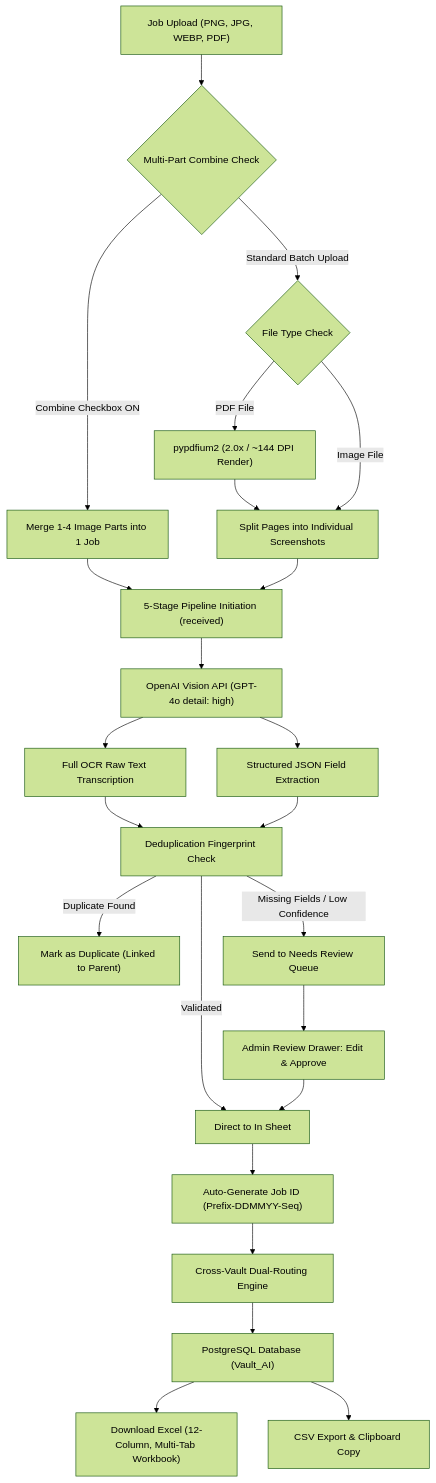
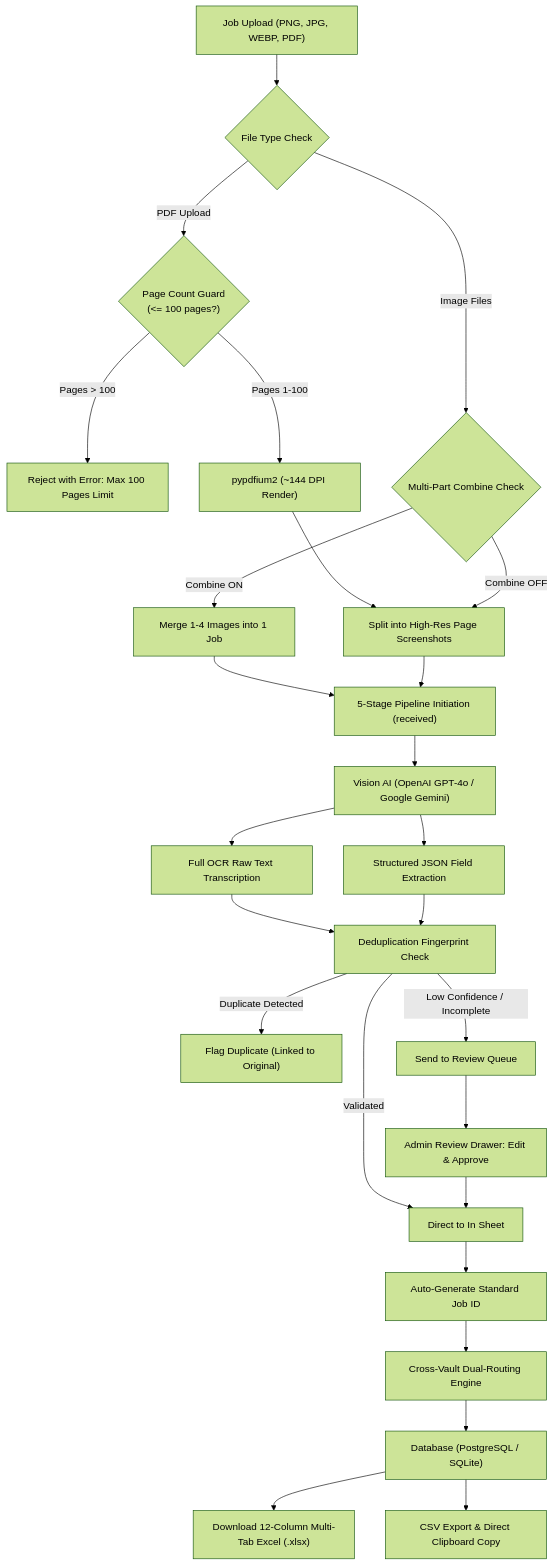
One commit to ddpldeveloperahul/Vault_AI changed the diagram in README.md. Above: the diagram before and after it, drawn with Mermaid (forest theme). The commit also changed other lines of this file and 10 other files, not shown here.

````diff
--- a/README.md
+++ b/README.md
@@ -95,26 +117,28 @@
 ```mermaid
 flowchart TD
-    A["Job Upload (PNG, JPG, WEBP, PDF)"] --> B{"Multi-Part Combine Check"}
-    B -- "Combine Checkbox ON" --> C1["Merge 1-4 Image Parts into 1 Job"]
-    B -- "Standard Batch Upload" --> C2{"File Type Check"}
-    C2 -- "PDF File" --> D1["pypdfium2 (2.0x / ~144 DPI Render)"]
-    D1 --> D2["Split Pages into Individual Screenshots"]
-    C2 -- "Image File" --> D2
-    C1 --> E["5-Stage Pipeline Initiation (received)"]
-    D2 --> E
-    E --> F["OpenAI Vision API (GPT-4o detail: high)"]
-    F --> G["Full OCR Raw Text Transcription"]
-    F --> H["Structured JSON Field Extraction"]
-    G --> I["Deduplication Fingerprint Check"]
-    H --> I
-    I -- "Duplicate Found" --> J["Mark as Duplicate (Linked to Parent)"]
-    I -- "Missing Fields / Low Confidence" --> K["Send to Needs Review Queue"]
-    I -- "Validated" --> L["Direct to In Sheet"]
-    K --> M["Admin Review Drawer: Edit & Approve"]
-    M --> L
-    L --> N["Auto-Generate Job ID (Prefix-DDMMYY-Seq)"]
-    N --> O["Cross-Vault Dual-Routing Engine"]
-    O --> P["PostgreSQL Database (Vault_AI)"]
-    P --> Q["Download Excel (12-Column, Multi-Tab Workbook)"]
-    P --> R["CSV Export & Clipboard Copy"]
+    A["Job Upload (PNG, JPG, WEBP, PDF)"] --> B{"File Type Check"}
+    B -- "PDF Upload" --> C{"Page Count Guard\n(<= 100 pages?)"}
+    C -- "Pages > 100" --> D["Reject with Error: Max 100 Pages Limit"]
+    C -- "Pages 1-100" --> E["pypdfium2 (~144 DPI Render)"]
+    E --> F["Split into High-Res Page Screenshots"]
+    B -- "Image Files" --> G{"Multi-Part Combine Check"}
+    G -- "Combine ON" --> H["Merge 1-4 Images into 1 Job"]
+    G -- "Combine OFF" --> F
+    H --> I["5-Stage Pipeline Initiation (received)"]
+    F --> I
+    I --> J["Vision AI (OpenAI GPT-4o / Google Gemini)"]
+    J --> K["Full OCR Raw Text Transcription"]
+    J --> L["Structured JSON Field Extraction"]
+    K --> M["Deduplication Fingerprint Check"]
+    L --> M
+    M -- "Duplicate Detected" --> N["Flag Duplicate (Linked to Original)"]
+    M -- "Low Confidence / Incomplete" --> O["Send to Review Queue"]
+    M -- "Validated" --> P["Direct to In Sheet"]
+    O --> Q["Admin Review Drawer: Edit & Approve"]
+    Q --> P
+    P --> R["Auto-Generate Standard Job ID"]
+    R --> S["Cross-Vault Dual-Routing Engine"]
+    S --> T["Database (PostgreSQL / SQLite)"]
+    T --> U["Download 12-Column Multi-Tab Excel (.xlsx)"]
+    T --> V["CSV Export & Direct Clipboard Copy"]
 ```
````
